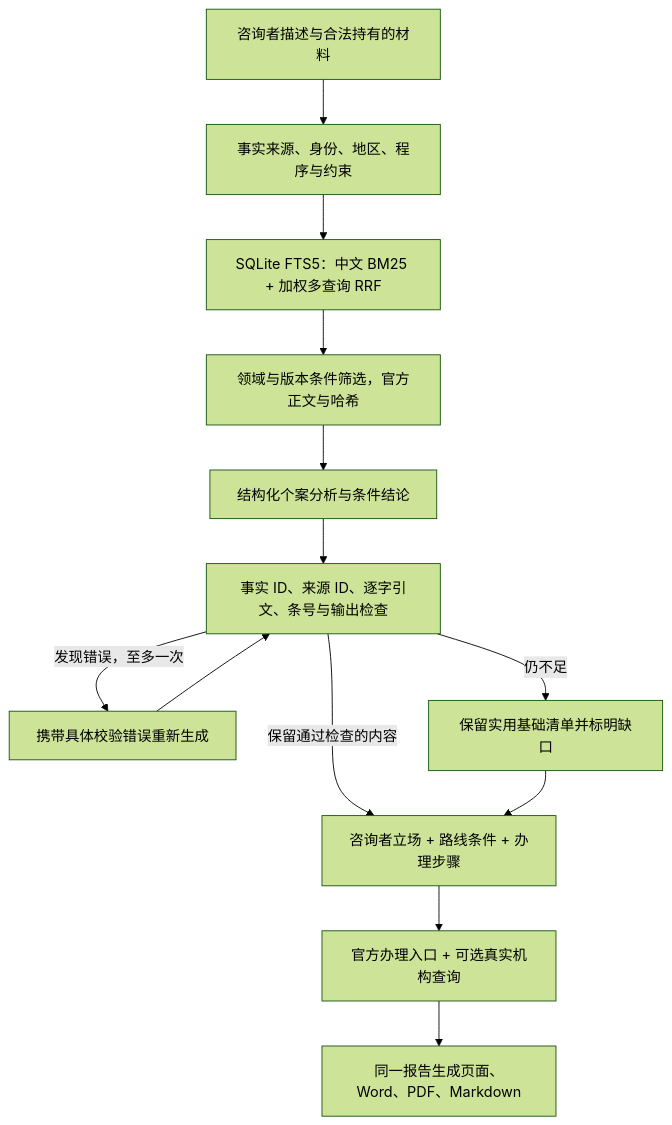
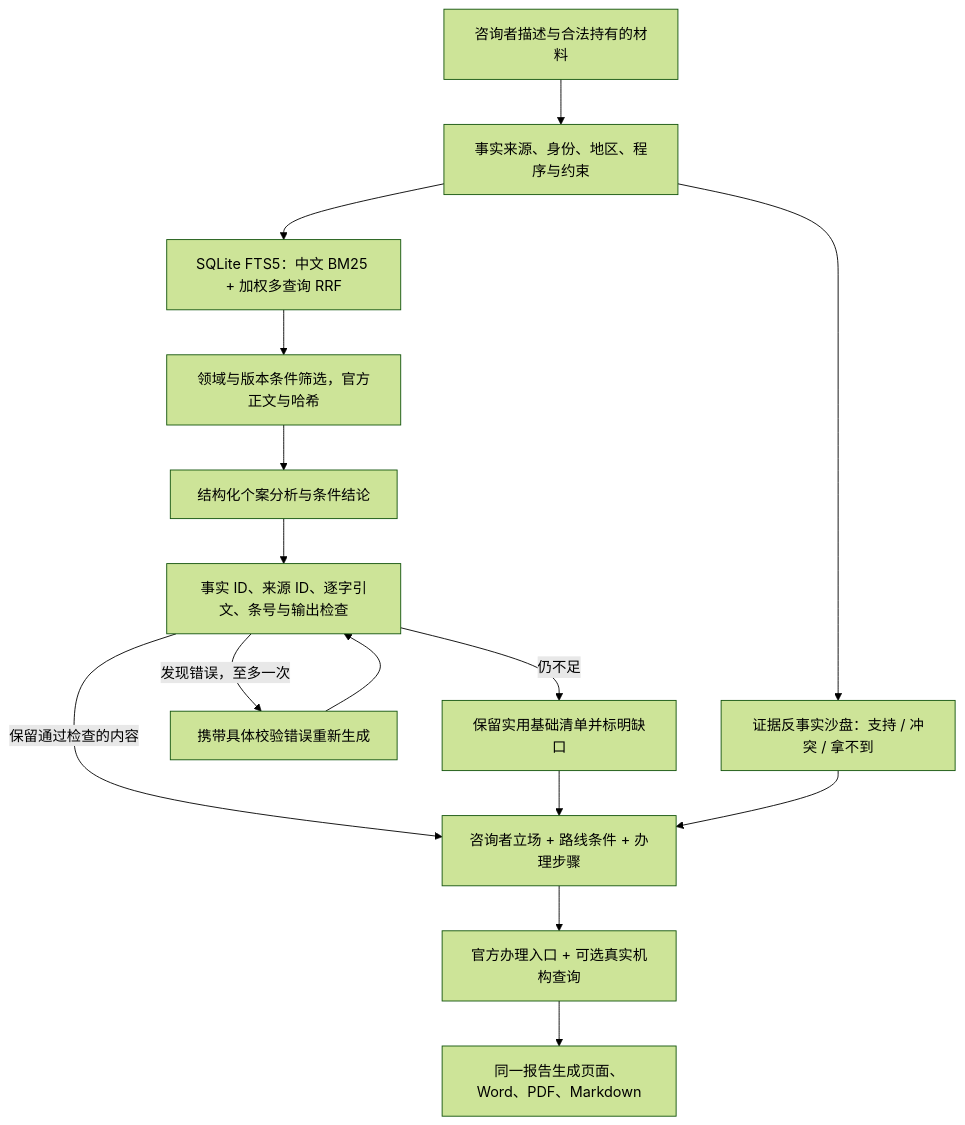
One commit to Guo-chunyu/LexPilot changed the diagram in docs/competition-upgrade.md. Above: the diagram before and after it, drawn with Mermaid (forest theme). The commit also changed other lines of this file and 9 other files, not shown here.

````diff
--- a/docs/competition-upgrade.md
+++ b/docs/competition-upgrade.md
@@ -16,15 +34,17 @@
 ```mermaid
 flowchart TD
     U[咨询者描述与合法持有的材料] --> F[事实来源、身份、地区、程序与约束]
+    F --> X[证据反事实沙盘：支持 / 冲突 / 拿不到]
     F --> K[SQLite FTS5：中文 BM25 + 加权多查询 RRF]
     K --> V[领域与版本条件筛选，官方正文与哈希]
     V --> G[结构化个案分析与条件结论]
     G --> C[事实 ID、来源 ID、逐字引文、条号与输出检查]
     C -->|发现错误，至多一次| R[携带具体校验错误重新生成]
     R --> C
     C -->|保留通过检查的内容| P[咨询者立场 + 路线条件 + 办理步骤]
     C -->|仍不足| B[保留实用基础清单并标明缺口]
     B --> P
+    X --> P
     P --> S[官方办理入口 + 可选真实机构查询]
     S --> D[同一报告生成页面、Word、PDF、Markdown]
 ```
````
